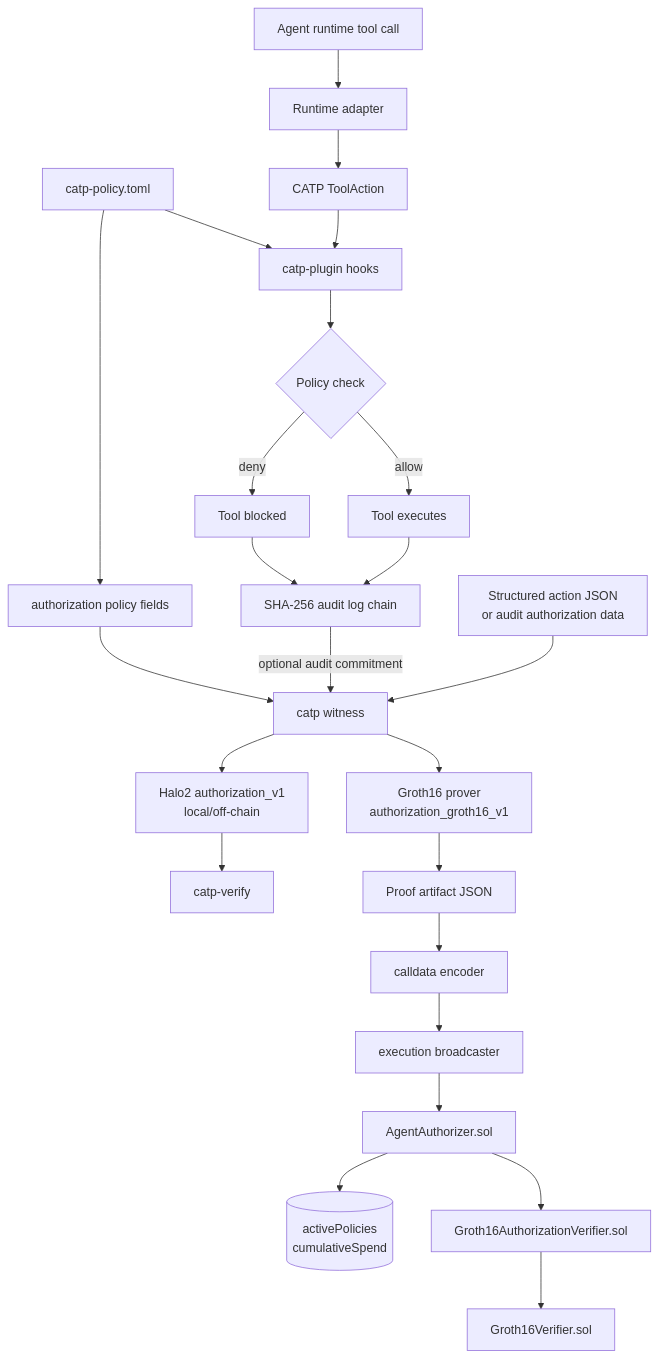
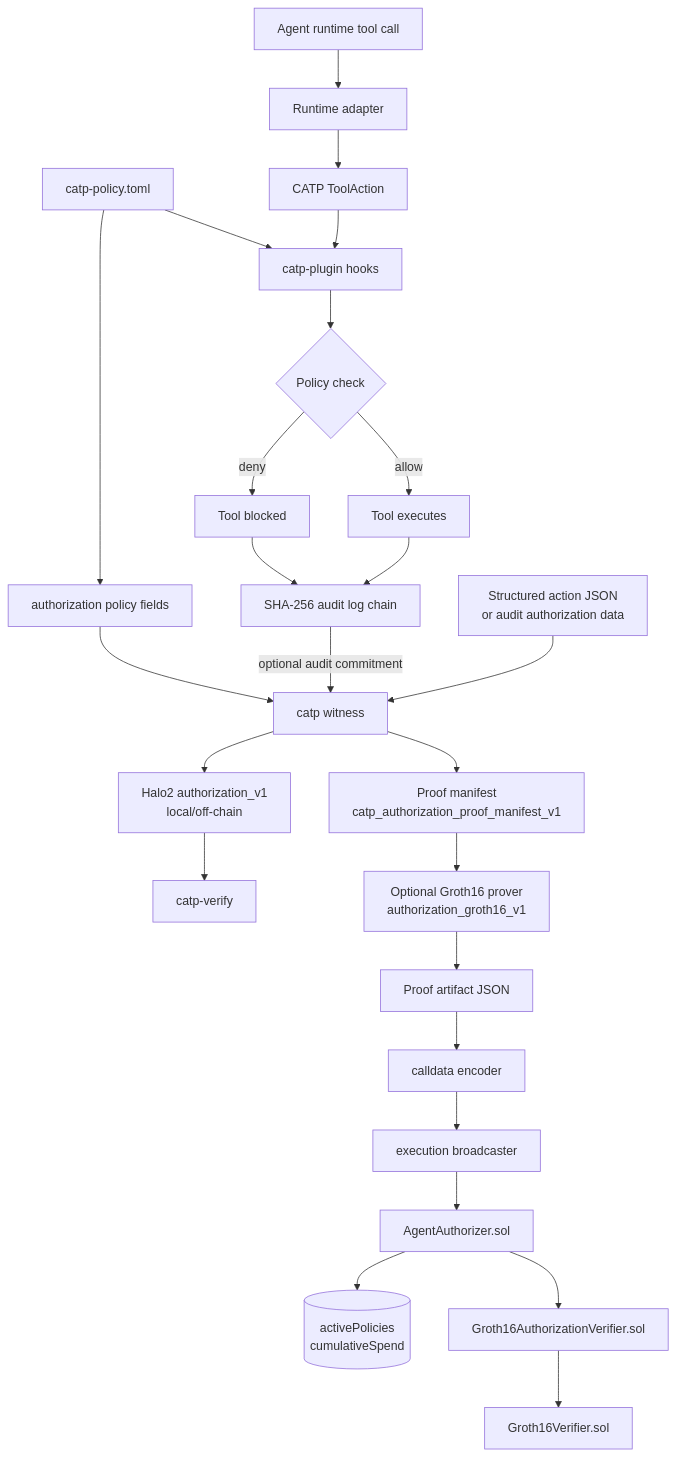
The first of 2 diagrams in ARCHITECTURE.md (lfzkoala/catp), drawn with Mermaid before and after one commit. The commit also changed other lines of this file and 2 other files, not shown here.

Commit message:
clarify catp authorization-first positioning

````diff
--- a/ARCHITECTURE.md
+++ b/ARCHITECTURE.md
@@ -75,31 +93,32 @@
 ```mermaid
 flowchart TD
   Policy[catp-policy.toml] --> Hook[catp-plugin hooks]
   Agent[Agent runtime tool call] --> Adapter[Runtime adapter]
   Adapter --> ToolAction[CATP ToolAction]
   ToolAction --> Hook
 
   Hook --> Decision{Policy check}
   Decision -->|allow| ExecuteLocal[Tool executes]
   Decision -->|deny| BlockLocal[Tool blocked]
   ExecuteLocal --> Audit[SHA-256 audit log chain]
   BlockLocal --> Audit
 
   Policy --> AuthPolicy[authorization policy fields]
   ActionInput[Structured action JSON<br/>or audit authorization data] --> Witness[catp witness]
   Audit -->|optional audit commitment| Witness
   AuthPolicy --> Witness
 
-  Witness --> Groth16Prover[Groth16 prover<br/>authorization_groth16_v1]
+  Witness --> Manifest[Proof manifest<br/>catp_authorization_proof_manifest_v1]
+  Manifest --> Groth16Prover[Optional Groth16 prover<br/>authorization_groth16_v1]
   Groth16Prover --> ProofArtifact[Proof artifact JSON]
   ProofArtifact --> Encoder[calldata encoder]
   Encoder --> Broadcaster[execution broadcaster]
 
   Broadcaster --> AgentAuthorizer[AgentAuthorizer.sol]
   AgentAuthorizer --> Wrapper[Groth16AuthorizationVerifier.sol]
   Wrapper --> Verifier[Groth16Verifier.sol]
   AgentAuthorizer --> State[(activePolicies<br/>cumulativeSpend)]
 
   Witness --> Halo2Path[Halo2 authorization_v1<br/>local/off-chain]
   Halo2Path --> VerifyService[catp-verify]
 ```
````
